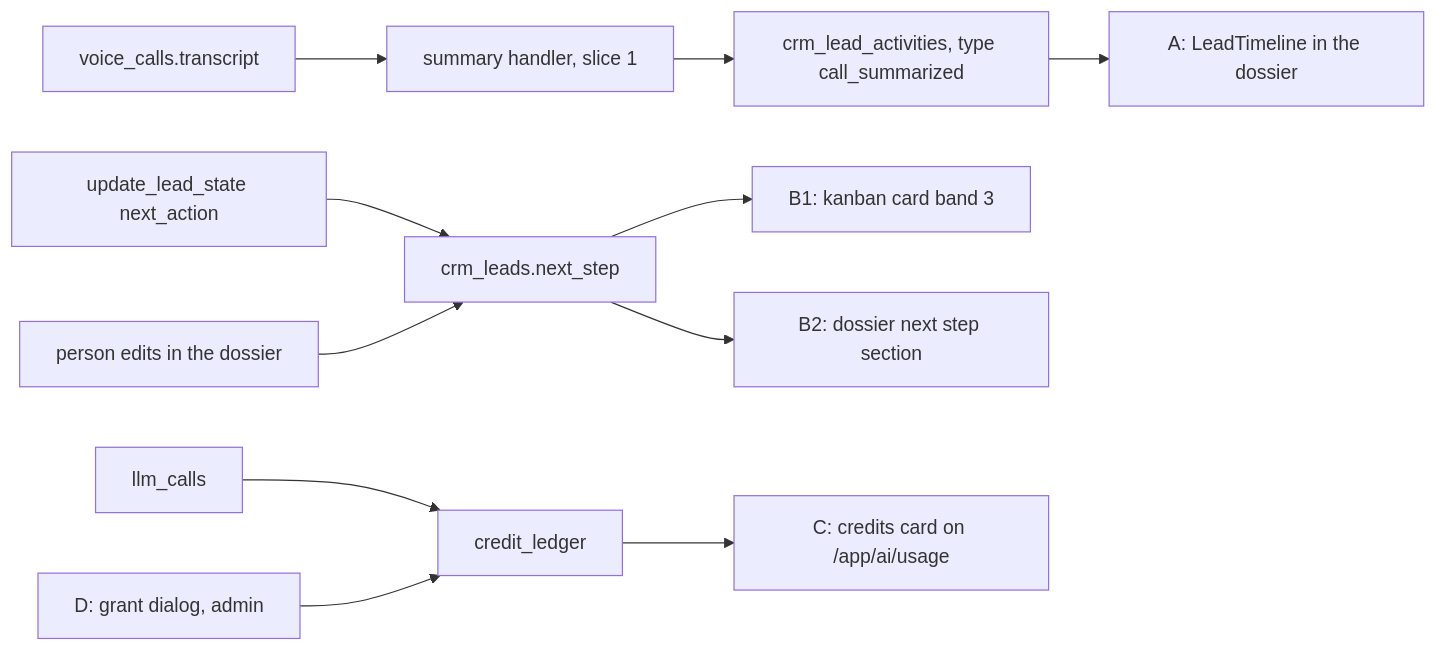
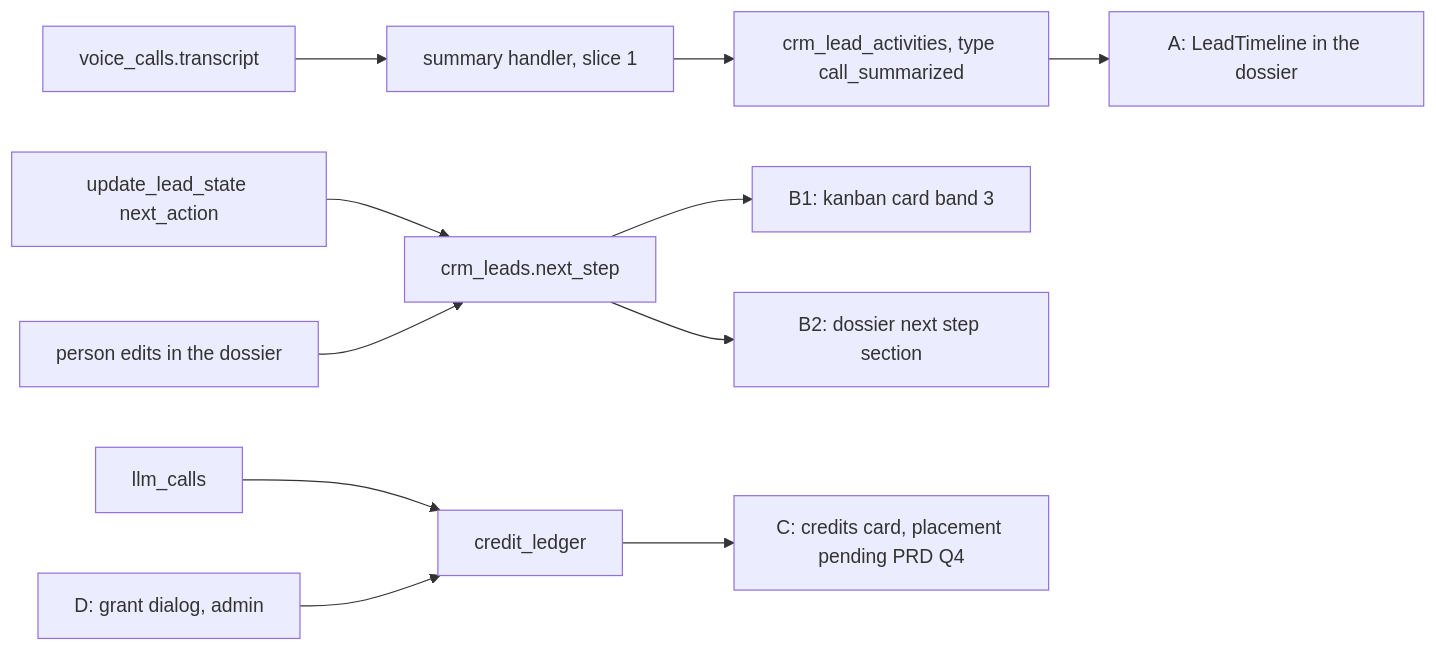
Before and after one commit to hythevc/deskcommcrm: the first of 4 diagrams in docs/project/DESIGN_BRIEF.md, drawn with Mermaid. The commit also changed other lines of this file and 5 other files, not shown here.

First line of the commit message:
docs(project): mark the held credits, backfill, blocking and design-authority points as pending [skip ci]

````diff
--- a/docs/project/DESIGN_BRIEF.md
+++ b/docs/project/DESIGN_BRIEF.md
@@ -37,13 +38,13 @@
 ```mermaid
 flowchart LR
   VC["voice_calls.transcript"] --> SH["summary handler, slice 1"]
   SH --> ACT["crm_lead_activities, type call_summarized"]
   ACT --> A["A: LeadTimeline in the dossier"]
   ULS["update_lead_state next_action"] --> NS["crm_leads.next_step"]
   HU["person edits in the dossier"] --> NS
   NS --> B1["B1: kanban card band 3"]
   NS --> B2["B2: dossier next step section"]
   LC["llm_calls"] --> CL["credit_ledger"]
   D["D: grant dialog, admin"] --> CL
-  CL --> C["C: credits card on /app/ai/usage"]
+  CL --> C["C: credits card, placement pending PRD Q4"]
 ```
````
